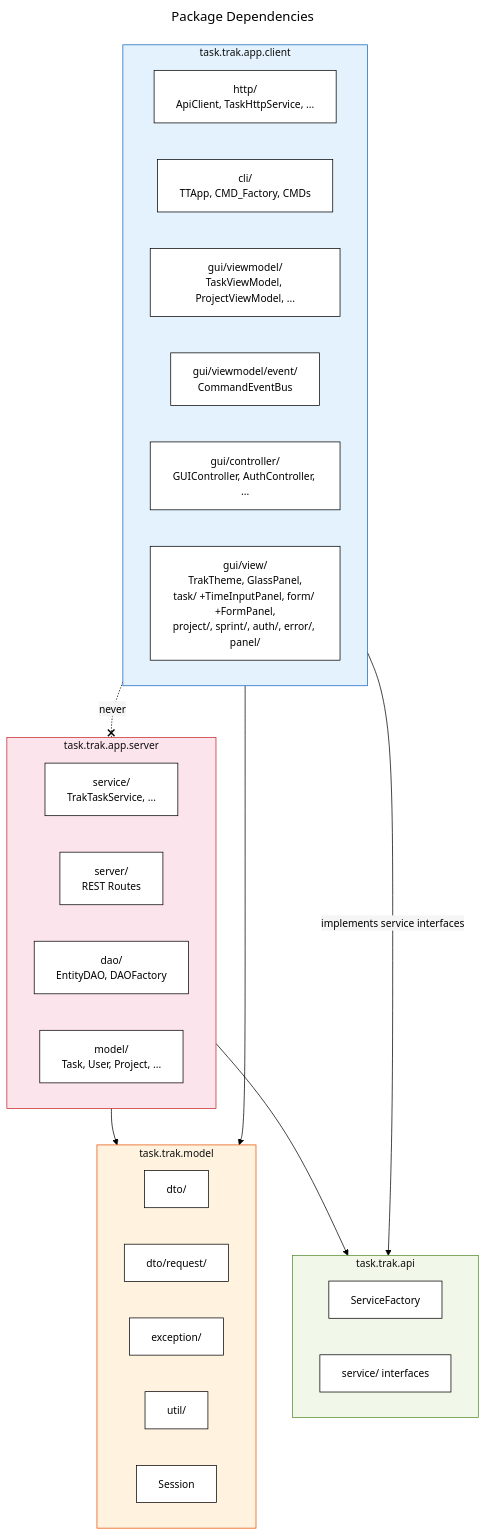
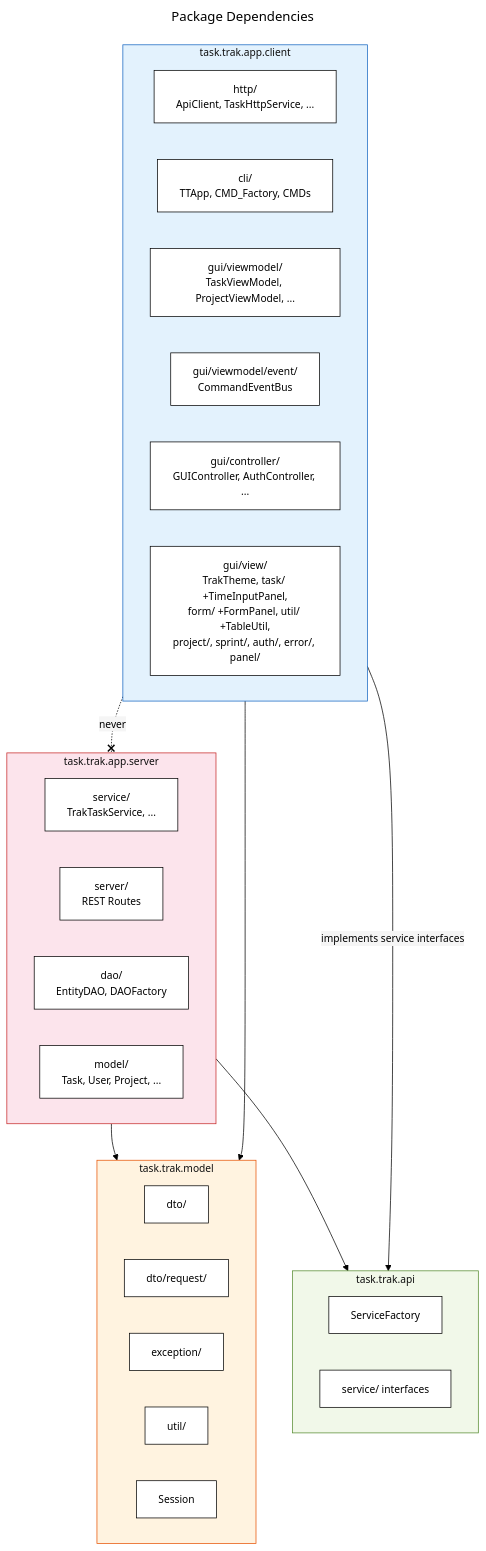
Before and after one commit to magana272/TaskTrac: the third of 14 diagrams in docs/DIAGRAM.md, drawn with Mermaid. The commit also changed other lines of this file and 6 other files, not shown here.

````diff
--- a/docs/DIAGRAM.md
+++ b/docs/DIAGRAM.md
@@ -156,62 +156,62 @@
 ```mermaid
 ---
 config:
   theme: base
   themeVariables:
     primaryColor: '#ffffff'
     primaryTextColor: '#000000'
     primaryBorderColor: '#000000'
     lineColor: '#000000'
     secondaryColor: '#f5f5f5'
     tertiaryColor: '#f0f0f0'
     fontFamily: 'Georgia, Times New Roman, serif'
     fontSize: '14px'
     clusterBkg: '#fafafa'
     clusterBorder: '#000000'
 title: Package Dependencies
 ---
 flowchart TB
     subgraph api["task.trak.api"]
         direction LR
         sf[ServiceFactory]
         svc_if[service/ interfaces]
     end
 
     subgraph model["task.trak.model"]
         direction LR
         dto[dto/]
         dto_req[dto/request/]
         exception[exception/]
         util[util/]
         session[Session]
     end
 
     subgraph client["task.trak.app.client"]
         direction LR
         http[http/<br>ApiClient, TaskHttpService, ...]
         cli[cli/<br>TTApp, CMD_Factory, CMDs]
         viewmodel[gui/viewmodel/<br>TaskViewModel, ProjectViewModel, ...]
         eventbus[gui/viewmodel/event/<br>CommandEventBus]
         controller[gui/controller/<br>GUIController, AuthController, ...]
-        views[gui/view/<br>TrakTheme, GlassPanel,<br>task/ +TimeInputPanel, form/ +FormPanel,<br>project/, sprint/, auth/, error/, panel/]
+        views[gui/view/<br>TrakTheme, task/ +TimeInputPanel,<br>form/ +FormPanel, util/ +TableUtil,<br>project/, sprint/, auth/, error/, panel/]
     end
 
     subgraph server["task.trak.app.server"]
         direction LR
         svc_impl[service/<br>TrakTaskService, ...]
         routes[server/<br>REST Routes]
         dao_layer[dao/<br>EntityDAO, DAOFactory]
         models[model/<br>Task, User, Project, ...]
     end
 
     client --> model
     http -->|implements service interfaces| api
     server --> api
     server --> model
     client -.-x|never| server
 
     style client fill:#e3f2fd,stroke:#1565c0
     style server fill:#fce4ec,stroke:#c62828
     style api fill:#f1f8e9,stroke:#558b2f
     style model fill:#fff3e0,stroke:#e65100
 ```
````
